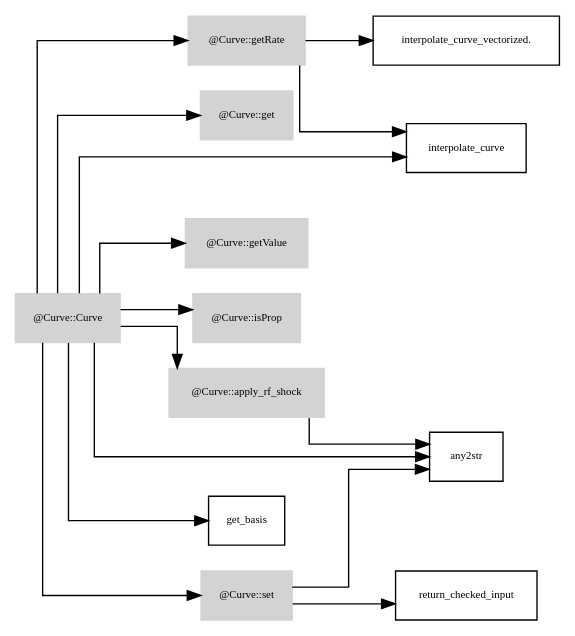
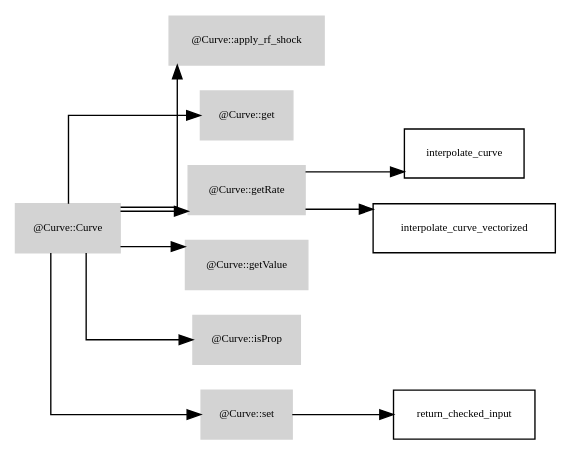
The diagram in graphviz_files/Curve.dot (octarisk/documentation), drawn with Graphviz before and after one commit. The commit also changed 50 other files, not shown here.

Commit message:
* introduction of graphviz files for all classes and class function dependencies

```diff
--- a/graphviz_files/Curve.dot
+++ b/graphviz_files/Curve.dot
@@ -1,34 +1,29 @@
 digraph G {
 	fontname = "Bitstream Vera Sans"
 	fontsize = 8
 	node [
 		fontname = "Bitstream Vera Sans"
 		fontsize = 8
 		shape = "record"
 	]
 	edge [
 		fontname = "Bitstream Vera Sans"
 		fontsize = 8
 	]
 	graph [splines=ortho];
 	rankdir=LR;
 	subgraph class_Curve {
 		style=filled;
 		node [style=filled,color=lightgrey];
 		"@Curve::Curve" -> "@Curve::apply_rf_shock"
 		"@Curve::Curve" -> "@Curve::get"
 		"@Curve::Curve" -> "@Curve::getRate"
 		"@Curve::Curve" -> "@Curve::getValue"
 		"@Curve::Curve" -> "@Curve::isProp"
 		"@Curve::Curve" -> "@Curve::set"
 		label = "@Curve";
 	}
-"@Curve::Curve" 	 -> 	 "any2str"
-"@Curve::Curve" 	 -> 	 "get_basis"
-"@Curve::Curve" 	 -> 	 "interpolate_curve"
-"@Curve::apply_rf_shock" 	 -> 	 "any2str"
 "@Curve::getRate" 	 -> 	 "interpolate_curve"
-"@Curve::getRate" 	 -> 	 "interpolate_curve_vectorized."
-"@Curve::set" 	 -> 	 "any2str"
+"@Curve::getRate" 	 -> 	 "interpolate_curve_vectorized"
 "@Curve::set" 	 -> 	 "return_checked_input"
 }
```
